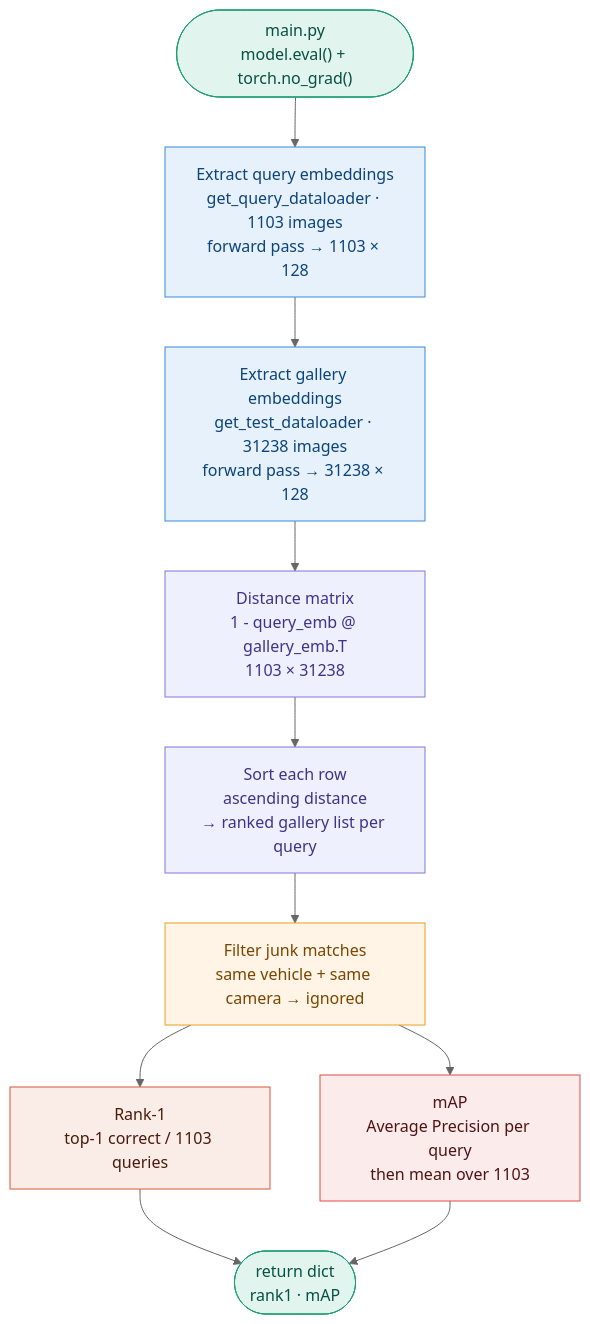
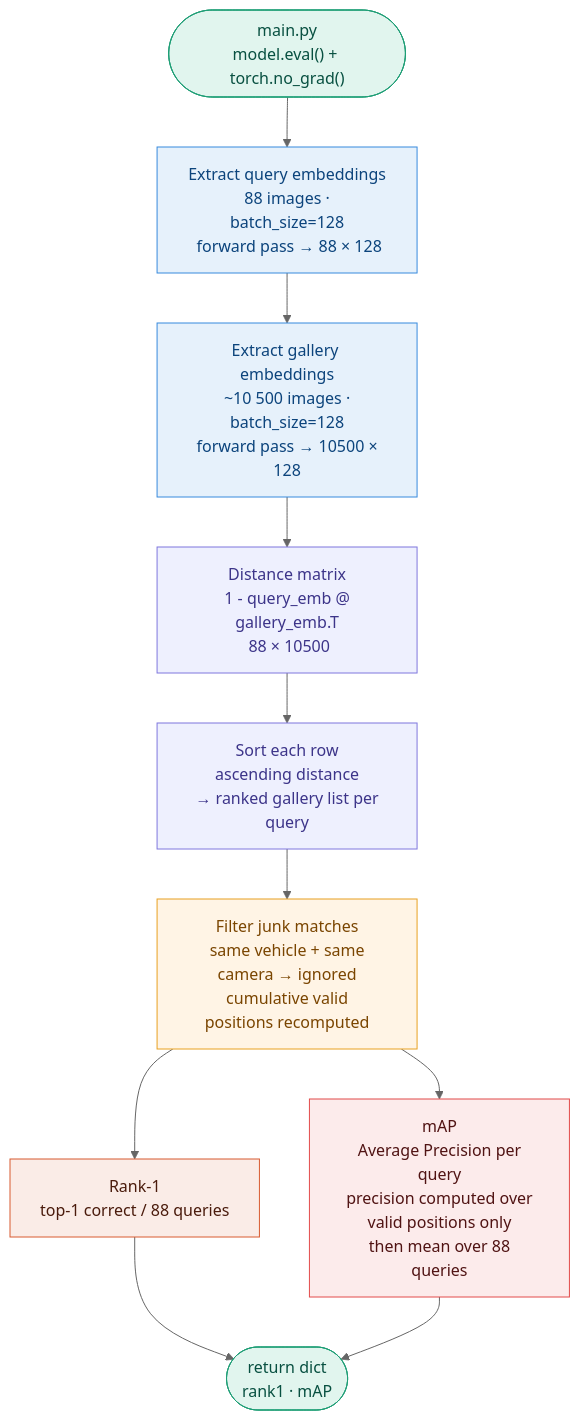
The diagram in EVALUATE.md (Volvert/INFO8010-DeepLearing), drawn with Mermaid (neutral theme) before and after one commit. The commit also changed other lines of this file, not shown here.

````diff
--- a/EVALUATE.md
+++ b/EVALUATE.md
@@ -24,30 +59,30 @@
 ```mermaid
 flowchart TD
     A(["main.py\nmodel.eval() + torch.no_grad()"]) --> B
 
-    B["Extract query embeddings\nget_query_dataloader · 1103 images\nforward pass → 1103 × 128"] --> C
+    B["Extract query embeddings\n 88 images · batch_size=128\n forward pass → 88 × 128"] --> C
 
-    C["Extract gallery embeddings\nget_test_dataloader · 31238 images\nforward pass → 31238 × 128"] --> D
+    C["Extract gallery embeddings\n ~10 500 images · batch_size=128\n forward pass → 10500 × 128"] --> D
 
-    D["Distance matrix\n1 - query_emb @ gallery_emb.T\n1103 × 31238"] --> E
+    D["Distance matrix\n 1 - query_emb @ gallery_emb.T\n 88 × 10500"] --> E
 
-    E["Sort each row\nascending distance\n→ ranked gallery list per query"] --> F
+    E["Sort each row\nascending distance\n → ranked gallery list per query"] --> F
 
-    F["Filter junk matches\nsame vehicle + same camera → ignored"] --> G
+    F["Filter junk matches\n same vehicle + same camera → ignored\n cumulative valid positions recomputed"] --> G
 
-    G["Rank-1\ntop-1 correct / 1103 queries"] --> I
+    G["Rank-1\n top-1 correct / 88 queries"] --> I
     F --> H
-    H["mAP\nAverage Precision per query\nthen mean over 1103"] --> I
+    H["mAP\n Average Precision per query\n precision computed over valid positions only\n then mean over 88 queries"] --> I
 
-    I(["return dict\nrank1 · mAP"])
+    I(["return dict\n rank1 · mAP"])
 
     style A fill:#E1F5EE,stroke:#1D9E75,color:#085041
     style B fill:#E6F1FB,stroke:#378ADD,color:#0C447C
     style C fill:#E6F1FB,stroke:#378ADD,color:#0C447C
     style D fill:#EEF0FE,stroke:#7F77DD,color:#3C3489
     style E fill:#EEF0FE,stroke:#7F77DD,color:#3C3489
     style F fill:#FFF4E5,stroke:#E8A020,color:#7A4500
     style G fill:#FAECE7,stroke:#D85A30,color:#4A1B0C
     style H fill:#FCEBEB,stroke:#E24B4A,color:#501313
     style I fill:#E1F5EE,stroke:#1D9E75,color:#085041
 ```
````
